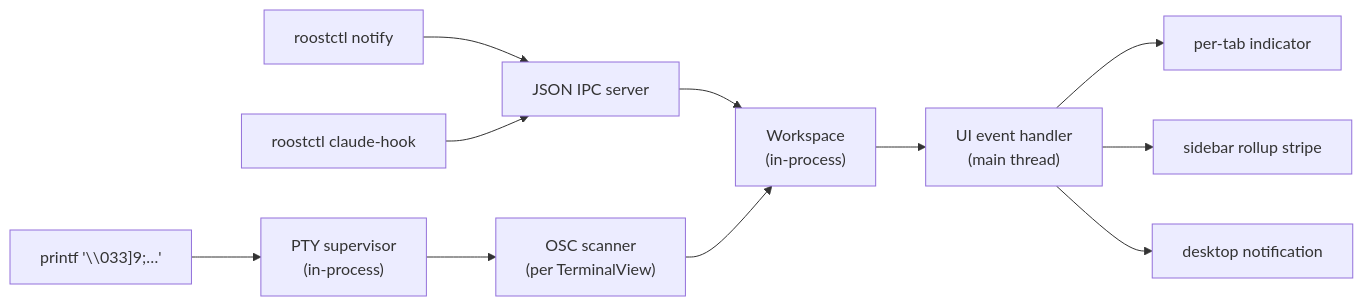
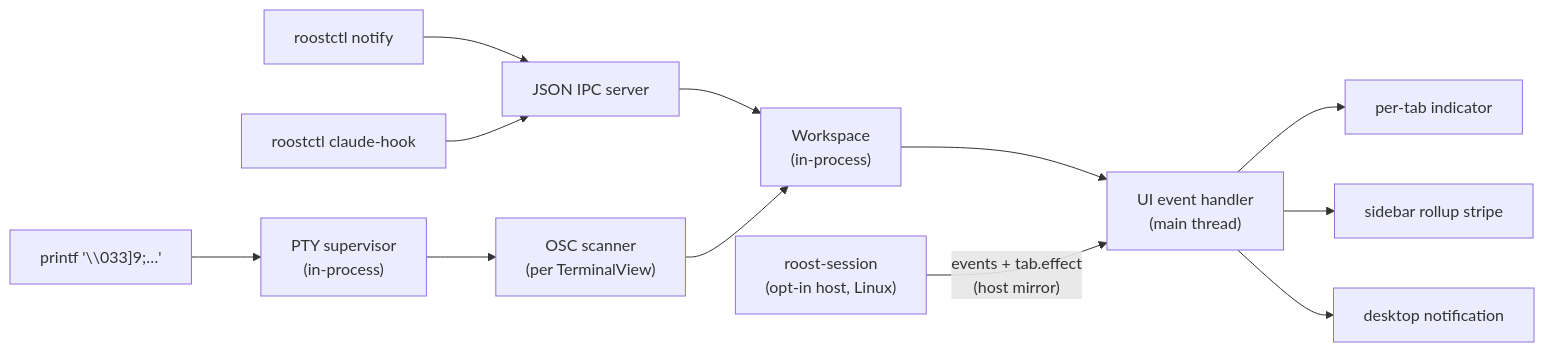
One commit to charliek/roost changed the diagram in docs/reference/architecture.md. Above: the diagram before and after it, drawn with Mermaid. The commit also changed other lines of this file and 10 other files, not shown here.

````diff
--- a/docs/reference/architecture.md
+++ b/docs/reference/architecture.md
@@ -61,23 +63,25 @@
 ```mermaid
 flowchart LR
     CLI["roostctl notify"]
     Hook["roostctl claude-hook"]
     OSC["printf '\\033]9;…'"]
     PTY["PTY supervisor<br/>(in-process)"]
     Workspace["Workspace<br/>(in-process)"]
     Scanner["OSC scanner<br/>(per TerminalView)"]
     UI["UI event handler<br/>(main thread)"]
     Indicator["per-tab indicator"]
     Stripe["sidebar rollup stripe"]
     Banner["desktop notification"]
     IPC["JSON IPC server"]
+    Session["roost-session<br/>(opt-in host, Linux)"]
 
     CLI --> IPC
     Hook --> IPC
     IPC --> Workspace
     OSC --> PTY --> Scanner --> Workspace
     Workspace --> UI
+    Session -- "events + tab.effect<br/>(host mirror)" --> UI
     UI --> Indicator
     UI --> Stripe
     UI --> Banner
 ```
````
